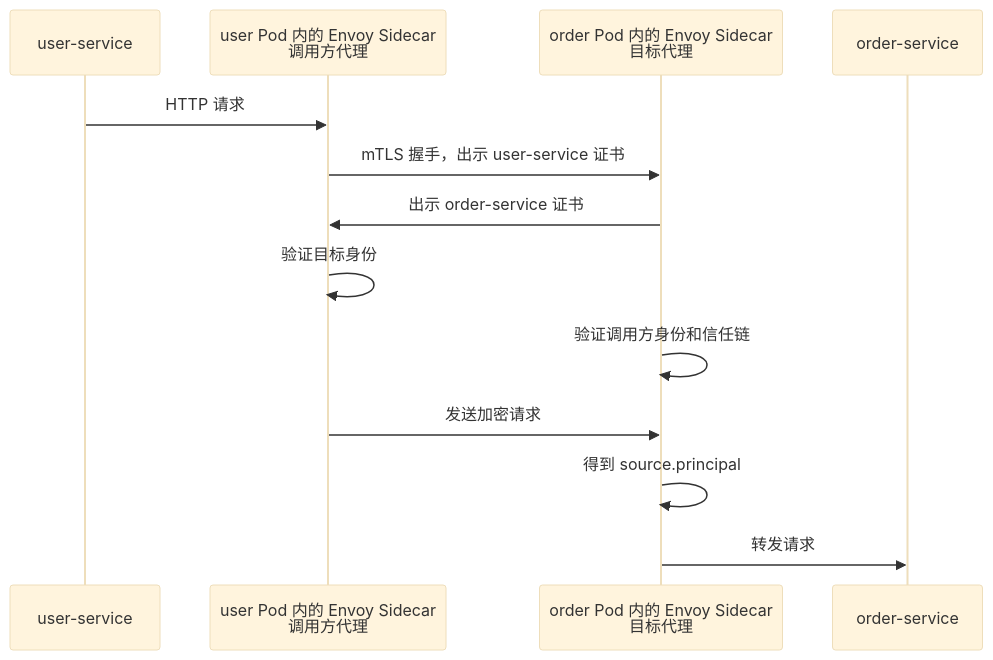
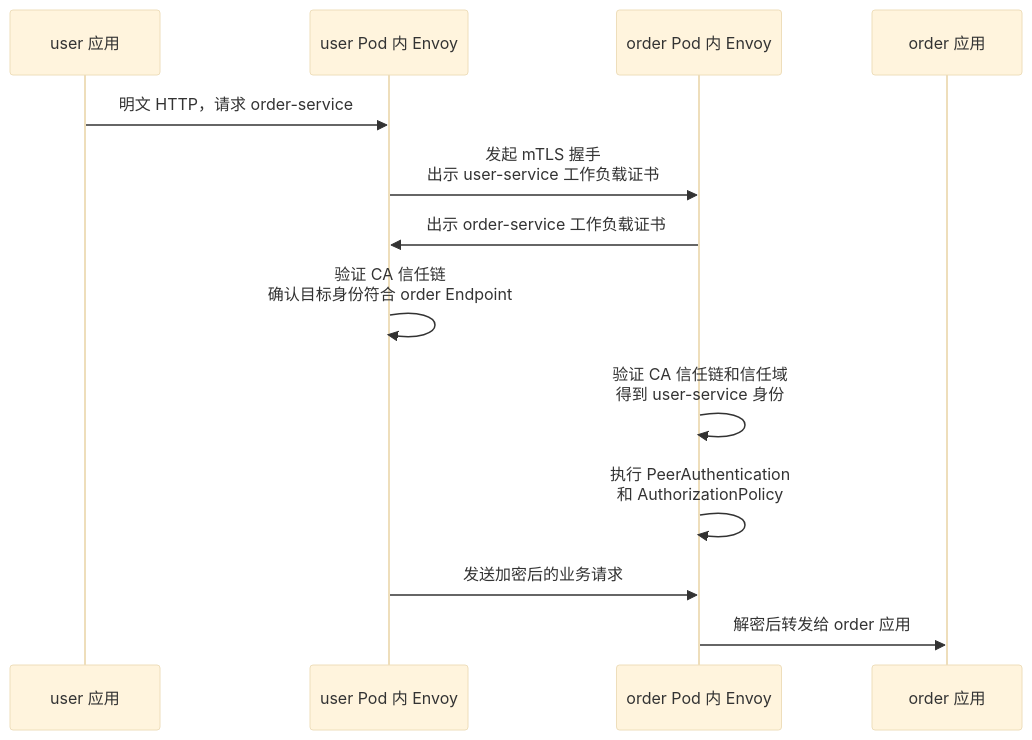
One commit to hotttao/backup changed the third of 6 diagrams in posts/microservices/gateway/014_istio_security.md. Above: the diagram before and after it, drawn with Mermaid (base theme). The commit also changed other lines of this file and 1 other file, not shown here.

````diff
--- a/posts/microservices/gateway/014_istio_security.md
+++ b/posts/microservices/gateway/014_istio_security.md
@@ -271,16 +204,16 @@
 ```mermaid
 sequenceDiagram
-    participant U as user-service
-    participant UP as user Pod 内的 Envoy Sidecar<br/>调用方代理
-    participant OP as order Pod 内的 Envoy Sidecar<br/>目标代理
-    participant O as order-service
+    participant U as user 应用
+    participant UE as user Pod 内 Envoy
+    participant OE as order Pod 内 Envoy
+    participant O as order 应用
 
-    U->>UP: HTTP 请求
-    UP->>OP: mTLS 握手，出示 user-service 证书
-    OP->>UP: 出示 order-service 证书
-    UP->>UP: 验证目标身份
-    OP->>OP: 验证调用方身份和信任链
-    UP->>OP: 发送加密请求
-    OP->>OP: 得到 source.principal
-    OP->>O: 转发请求
+    U->>UE: 明文 HTTP，请求 order-service
+    UE->>OE: 发起 mTLS 握手<br/>出示 user-service 工作负载证书
+    OE->>UE: 出示 order-service 工作负载证书
+    UE->>UE: 验证 CA 信任链<br/>确认目标身份符合 order Endpoint
+    OE->>OE: 验证 CA 信任链和信任域<br/>得到 user-service 身份
+    OE->>OE: 执行 PeerAuthentication<br/>和 AuthorizationPolicy
+    UE->>OE: 发送加密后的业务请求
+    OE->>O: 解密后转发给 order 应用
 ```
````
